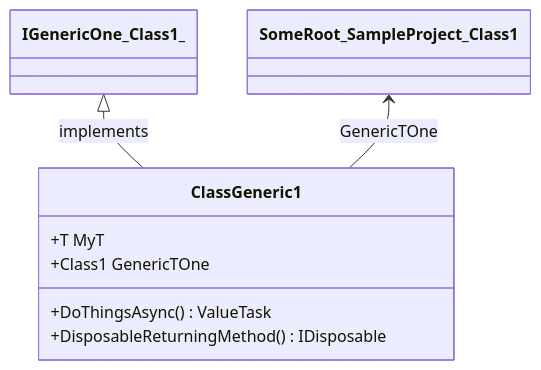
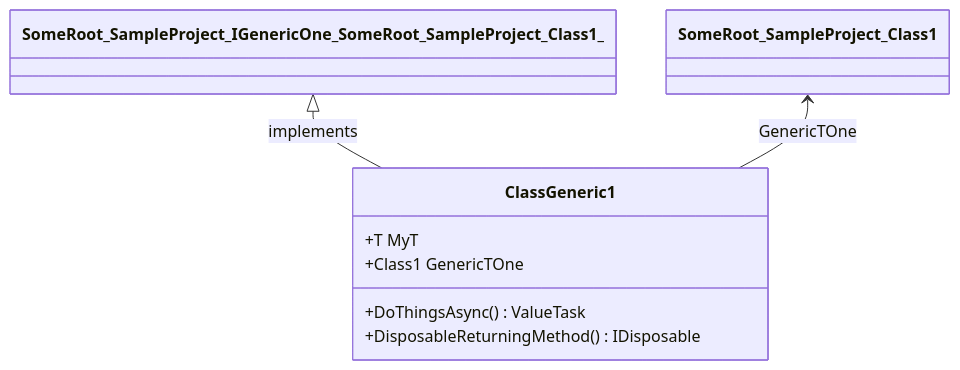
The third of 7 diagrams in test/SampleProject/CODE_METRICS.md (erichiller/gh-action-cs-metrics), drawn with Mermaid before and after one commit. The commit also changed other lines of this file, not shown here.

````diff
--- a/test/SampleProject/CODE_METRICS.md
+++ b/test/SampleProject/CODE_METRICS.md
@@ -236,15 +236,15 @@
 ```mermaid
 %%{init: {
     'fontFamily': 'monospace'
 } }%%
 classDiagram
-IGenericOne_Class1_ <|-- SomeRoot_SampleProject_ClassGeneric1_T_ : implements
+SomeRoot_SampleProject_IGenericOne_SomeRoot_SampleProject_Class1_ <|-- SomeRoot_SampleProject_ClassGeneric1_T_ : implements
 SomeRoot_SampleProject_Class1 <-- SomeRoot_SampleProject_ClassGeneric1_T_ : GenericTOne
 class SomeRoot_SampleProject_ClassGeneric1_T_ ["ClassGeneric1"] {
     +T MyT
     +Class1 GenericTOne
     +DoThingsAsync() ValueTask
     +DisposableReturningMethod() IDisposable
 }
 
 ```
````
